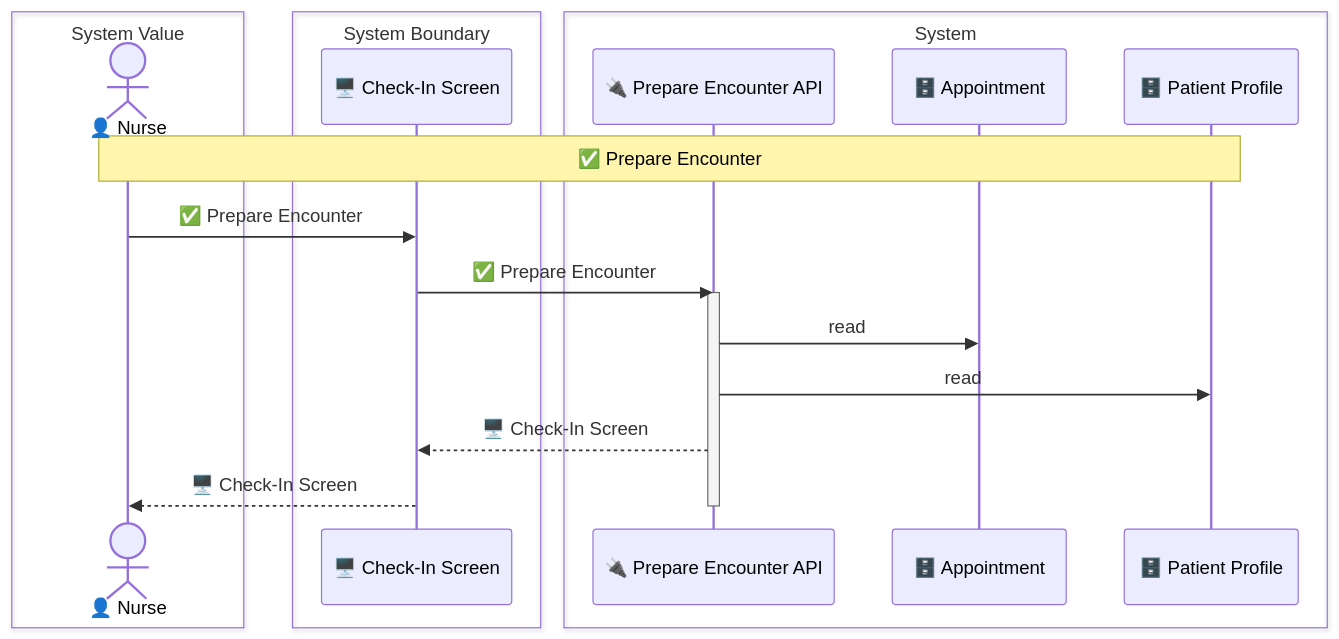
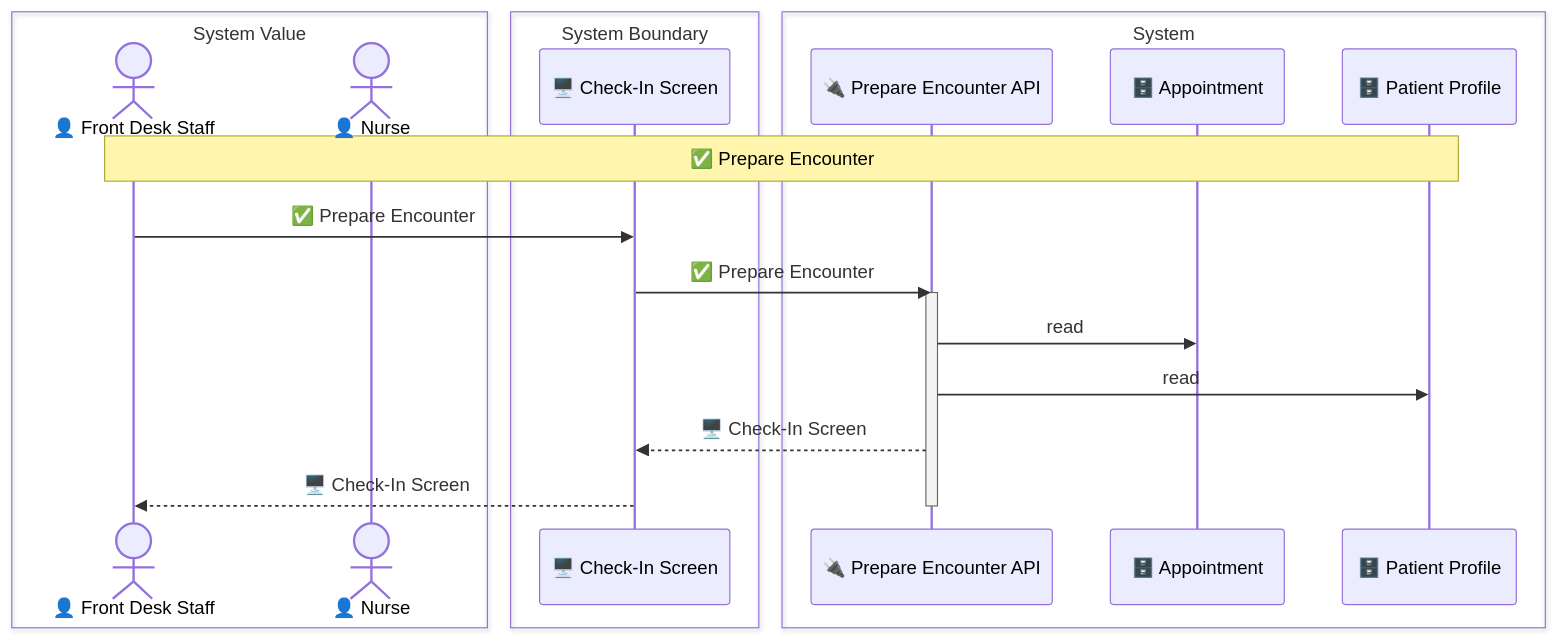
One commit to manji-0/rdra-ish-dsl changed the diagram in samples/clinic-ops/out/uc/sequence_prepare_encounter.mmd. Above: the diagram before and after it, drawn with Mermaid. The commit also changed 90 other files, not shown here.

```diff
--- a/samples/clinic-ops/out/uc/sequence_prepare_encounter.mmd
+++ b/samples/clinic-ops/out/uc/sequence_prepare_encounter.mmd
@@ -1,22 +1,23 @@
 sequenceDiagram
   box System Value
+    actor FrontDesk as 👤 Front Desk Staff
     actor Nurse as 👤 Nurse
   end
   box System Boundary
     participant CheckInScreen as 🖥️ Check-In Screen
   end
   box System
     participant PrepareEncounterApi as 🔌 Prepare Encounter API
     participant Appointment as 🗄️ Appointment
     participant PatientProfile as 🗄️ Patient Profile
   end
 
-  Note over Nurse,PatientProfile: ✅ Prepare Encounter
-  Nurse->>CheckInScreen: ✅ Prepare Encounter
+  Note over FrontDesk,PatientProfile: ✅ Prepare Encounter
+  FrontDesk->>CheckInScreen: ✅ Prepare Encounter
   CheckInScreen->>PrepareEncounterApi: ✅ Prepare Encounter
   activate PrepareEncounterApi
   PrepareEncounterApi->>Appointment: read
   PrepareEncounterApi->>PatientProfile: read
   PrepareEncounterApi-->>CheckInScreen: 🖥️ Check-In Screen
-  CheckInScreen-->>Nurse: 🖥️ Check-In Screen
+  CheckInScreen-->>FrontDesk: 🖥️ Check-In Screen
   deactivate PrepareEncounterApi
```
